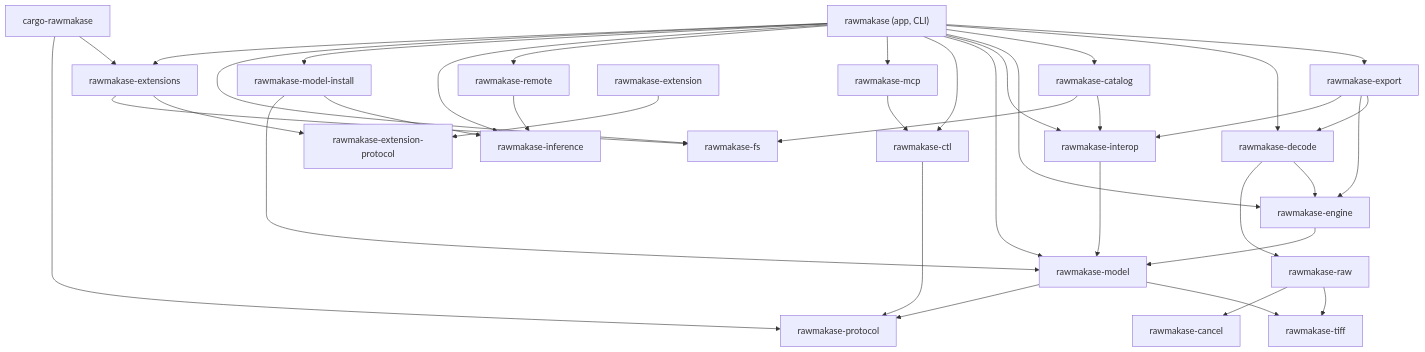
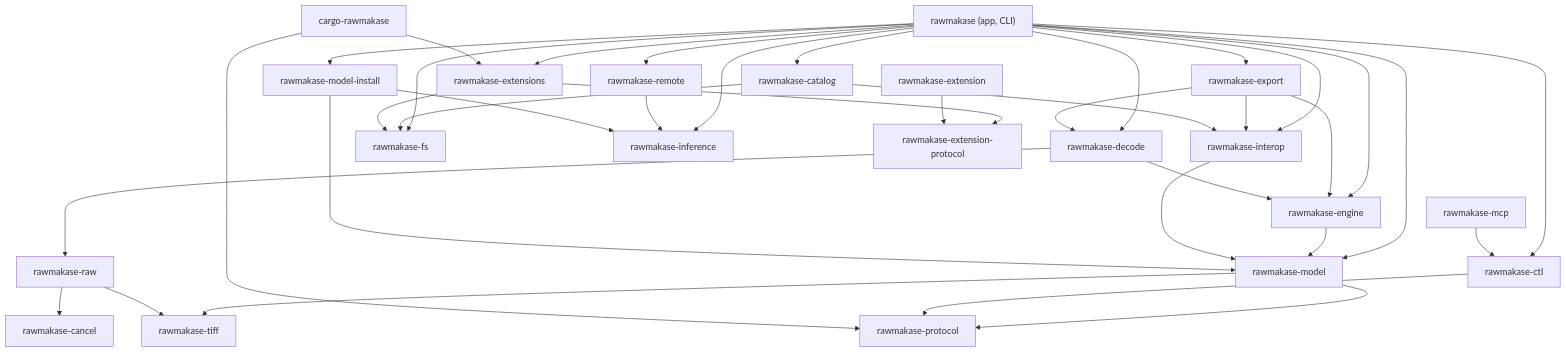
Before and after one commit to pch/rawmakase: the diagram in docs/architecture.md, drawn with Mermaid. The commit also changed other lines of this file and 10 other files, not shown here.

````diff
--- a/docs/architecture.md
+++ b/docs/architecture.md
@@ -15,41 +15,41 @@
 ```mermaid
 flowchart TD
     app["rawmakase (app, CLI)"]
     export[rawmakase-export]
     decode[rawmakase-decode]
     catalog[rawmakase-catalog]
     engine[rawmakase-engine]
     interop[rawmakase-interop]
     model[rawmakase-model]
     raw[rawmakase-raw]
     tiff[rawmakase-tiff]
     cancel[rawmakase-cancel]
     fs[rawmakase-fs]
     protocol[rawmakase-protocol]
     ctl[rawmakase-ctl]
     mcp[rawmakase-mcp]
     remote[rawmakase-remote]
     inference[rawmakase-inference]
     modelinstall[rawmakase-model-install]
     exthost[rawmakase-extensions]
     extprotocol[rawmakase-extension-protocol]
     sdk[rawmakase-extension]
     cargoext[cargo-rawmakase]
 
     app --> export & decode & catalog & engine & interop & model
-    app --> ctl & mcp & remote & inference & modelinstall & fs & exthost
+    app --> ctl & remote & inference & modelinstall & fs & exthost
     export --> decode & engine & interop
     decode --> engine & raw
     catalog --> interop & fs
     engine --> model
     interop --> model
     model --> tiff & protocol
     raw --> tiff & cancel
     ctl --> protocol
     mcp --> ctl
     remote --> inference
     modelinstall --> inference & model
     exthost --> extprotocol & fs
     sdk --> extprotocol
     cargoext --> exthost & protocol
 ```
````
